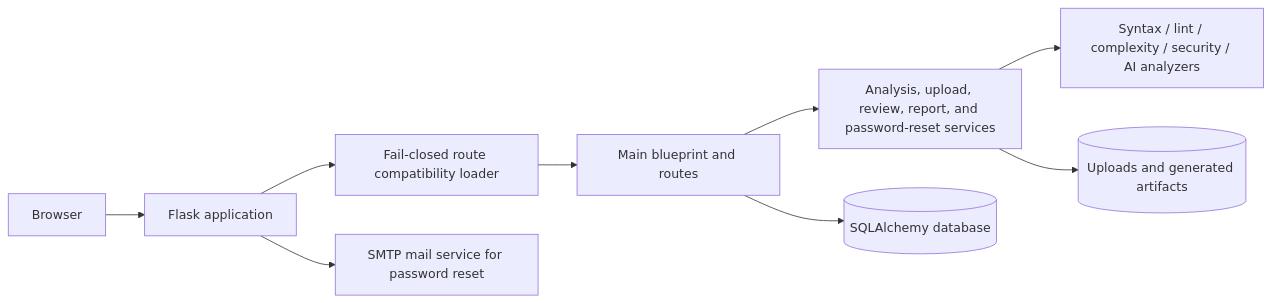
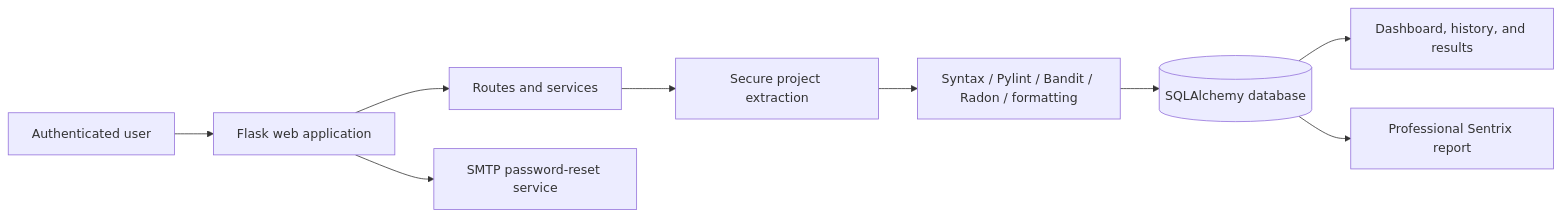
One commit to HaziqBinAfzal/HR-Presents-Sentrix changed the diagram in README.md. Above: the diagram before and after it, drawn with Mermaid. The commit also changed other lines of this file, not shown here.

Commit message:
docs: refresh README for the finalized Sentrix platform

````diff
--- a/README.md
+++ b/README.md
@@ -34,11 +70,11 @@
 ```mermaid
 flowchart LR
-    U[Browser] --> W[Flask application]
-    W --> L[Fail-closed route compatibility loader]
-    L --> R[Main blueprint and routes]
-    R --> S[Analysis, upload, review, report, and password-reset services]
-    S --> A[Syntax / lint / complexity / security / AI analyzers]
-    R --> D[(SQLAlchemy database)]
-    S --> F[(Uploads and generated artifacts)]
-    W --> M[SMTP mail service for password reset]
+    U[Authenticated user] --> W[Flask web application]
+    W --> R[Routes and services]
+    R --> X[Secure project extraction]
+    X --> A[Syntax / Pylint / Bandit / Radon / formatting]
+    A --> D[(SQLAlchemy database)]
+    D --> V[Dashboard, history, and results]
+    D --> P[Professional Sentrix report]
+    W --> M[SMTP password-reset service]
 ```
````
